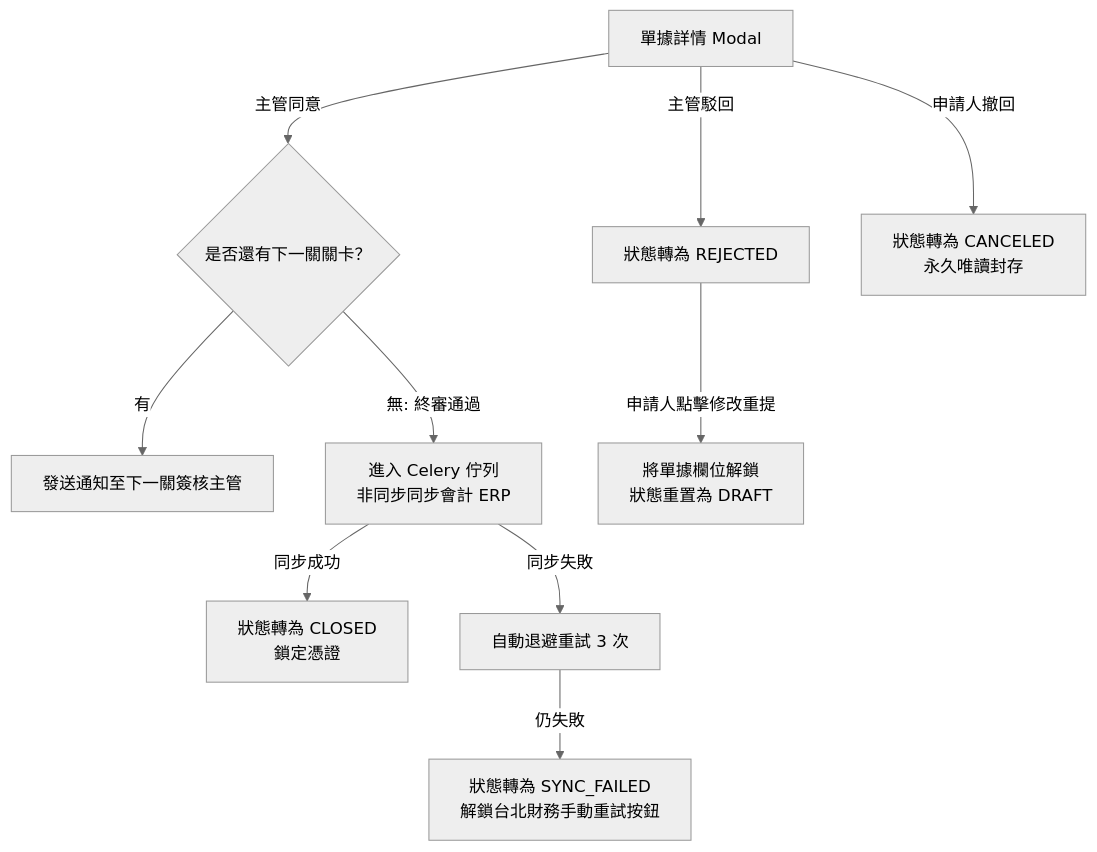
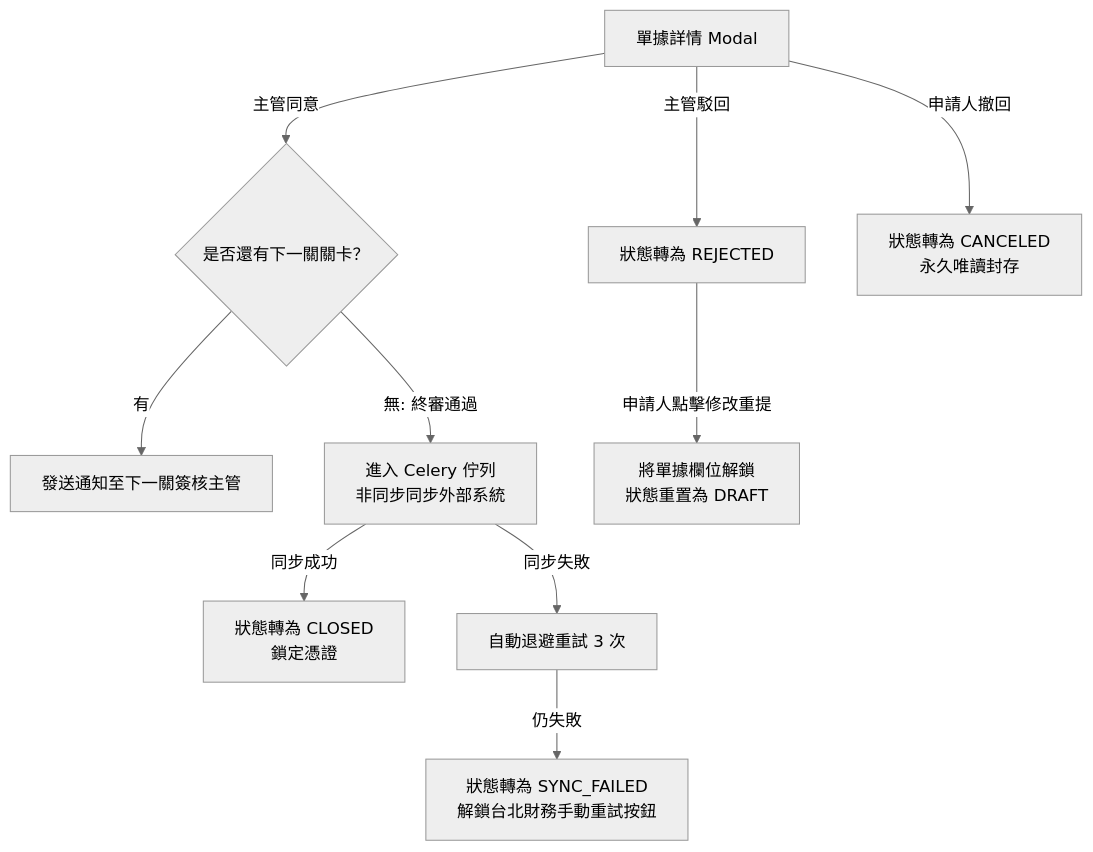
One commit to Kailunlin/SignOffSystem changed the tenth of 11 diagrams in docs/SA.md. Above: the diagram before and after it, drawn with Mermaid (neutral theme). The commit also changed other lines of this file and 2 other files, not shown here.

````diff
--- a/docs/SA.md
+++ b/docs/SA.md
@@ -622,12 +683,12 @@
 ```mermaid
 graph TD
     A[單據詳情 Modal] -->|主管同意| B{是否還有下一關關卡？}
     B -->|有| C[發送通知至下一關簽核主管]
-    B -->|無: 終審通過| D[進入 Celery 佇列 <br>非同步同步會計 ERP]
+    B -->|無: 終審通過| D[進入 Celery 佇列 <br>非同步同步外部系統]
     D -->|同步成功| E[狀態轉為 CLOSED <br>鎖定憑證]
     D -->|同步失敗| F[自動退避重試 3 次]
     F -->|仍失敗| SF[狀態轉為 SYNC_FAILED <br>解鎖台北財務手動重試按鈕]
     A -->|主管駁回| G[狀態轉為 REJECTED]
     G -->|申請人點擊修改重提| H[將單據欄位解鎖 <br>狀態重置為 DRAFT]
     A -->|申請人撤回| I[狀態轉為 CANCELED <br>永久唯讀封存]
 ```
````
